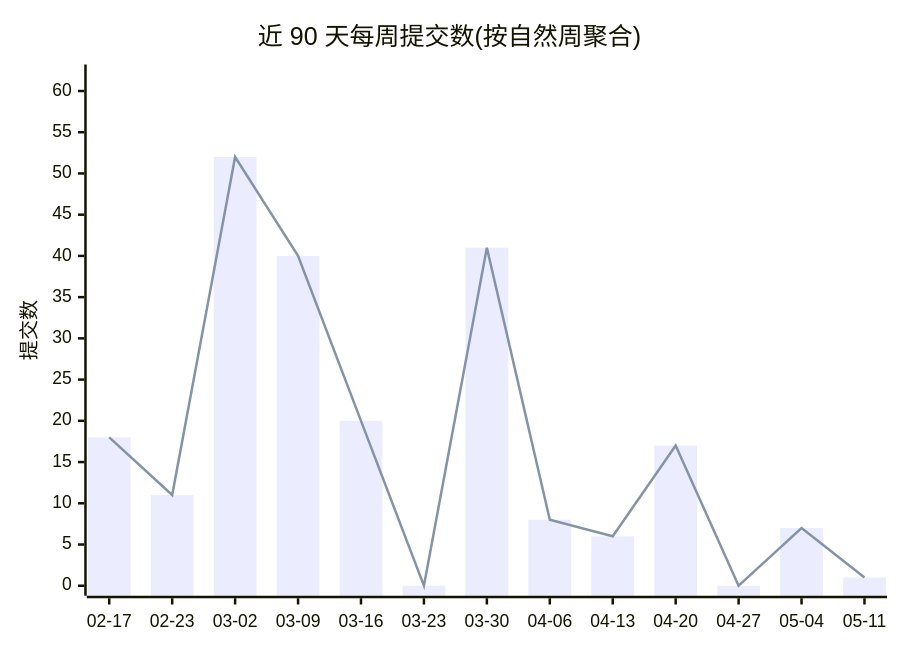
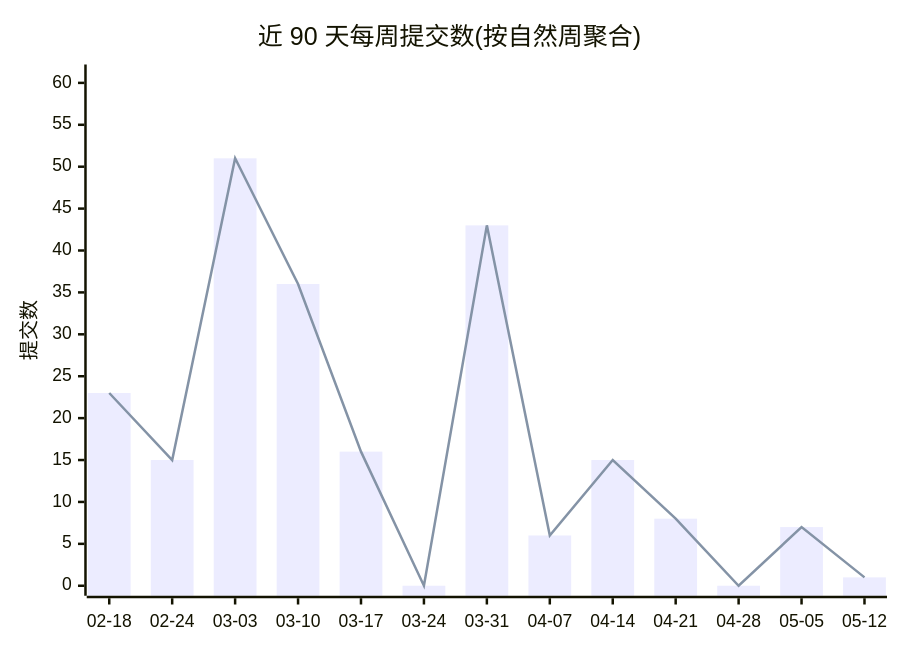
One commit to Conflux-Union/.github changed the first of 2 diagrams in profile/README.md. Above: the diagram before and after it, drawn with Mermaid. The commit also changed other lines of this file and 1 other file, not shown here.

````diff
--- a/profile/README.md
+++ b/profile/README.md
@@ -44,8 +44,8 @@
 ```mermaid
 xychart-beta
     title "近 90 天每周提交数(按自然周聚合)"
-    x-axis ["02-17", "02-23", "03-02", "03-09", "03-16", "03-23", "03-30", "04-06", "04-13", "04-20", "04-27", "05-04", "05-11"]
-    y-axis "提交数" 0 --> 62
-    bar [18, 11, 52, 40, 20, 0, 41, 8, 6, 17, 0, 7, 1]
-    line [18, 11, 52, 40, 20, 0, 41, 8, 6, 17, 0, 7, 1]
+    x-axis ["02-18", "02-24", "03-03", "03-10", "03-17", "03-24", "03-31", "04-07", "04-14", "04-21", "04-28", "05-05", "05-12"]
+    y-axis "提交数" 0 --> 61
+    bar [23, 15, 51, 36, 16, 0, 43, 6, 15, 8, 0, 7, 1]
+    line [23, 15, 51, 36, 16, 0, 43, 6, 15, 8, 0, 7, 1]
 ```
````
